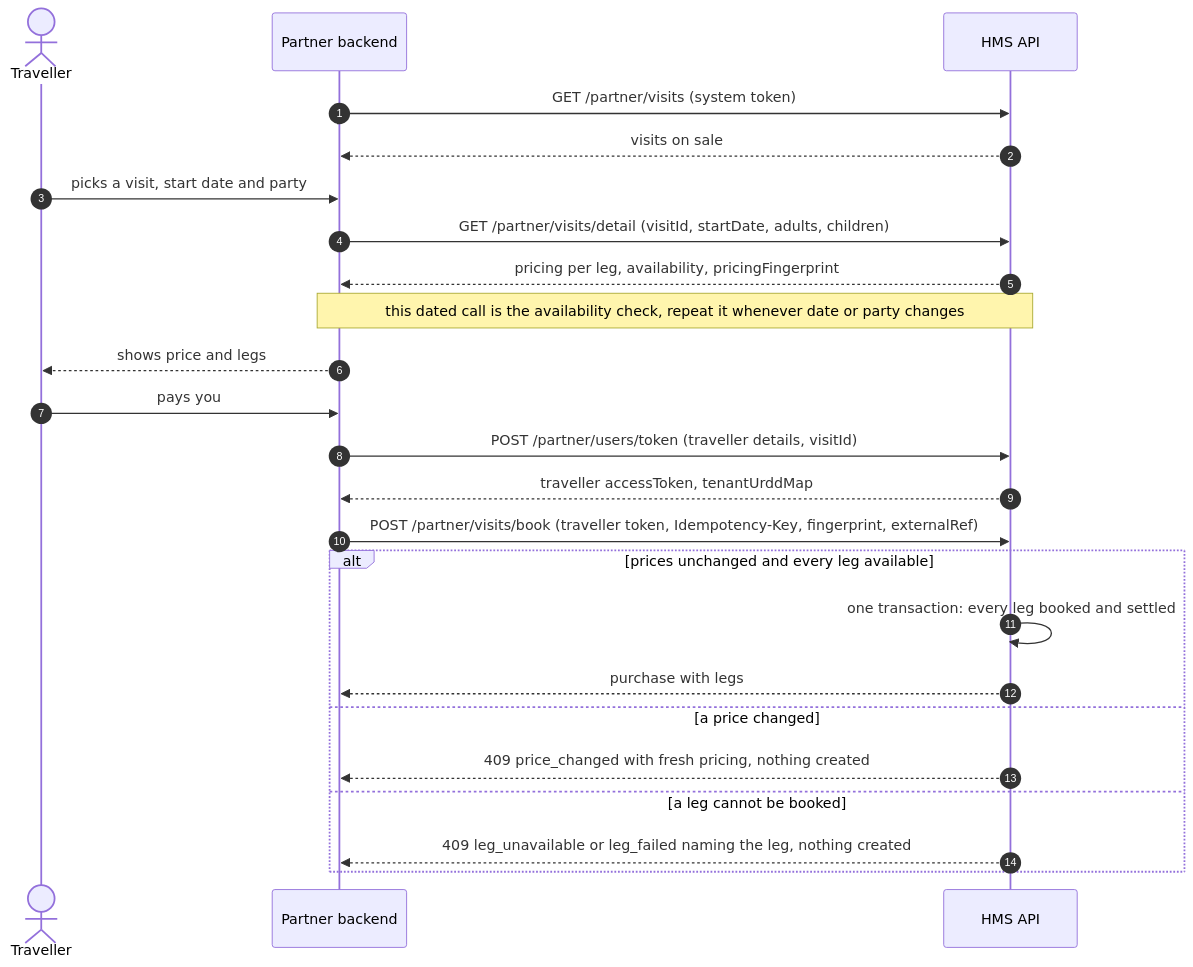
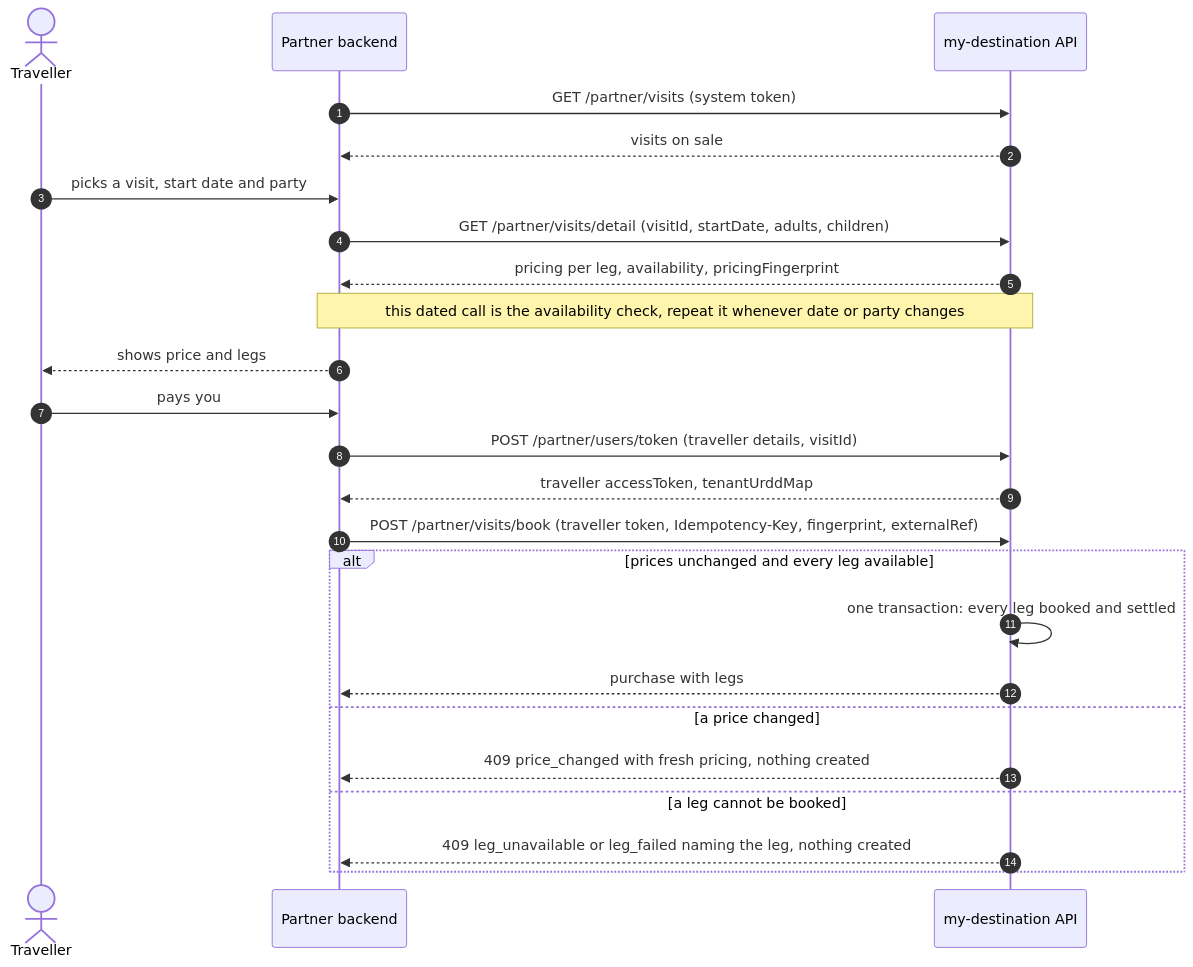
One commit to Aashir-Adnan/UBS-Doc changed the third of 6 diagrams in docs/hms-documentation/visits/partner-integration-guide.md. Above: the diagram before and after it, drawn with Mermaid. The commit also changed other lines of this file and 24 other files, not shown here.

````diff
--- a/docs/hms-documentation/visits/partner-integration-guide.md
+++ b/docs/hms-documentation/visits/partner-integration-guide.md
@@ -282,26 +311,26 @@
 ```mermaid
 sequenceDiagram
   autonumber
   actor U as Traveller
   participant P as Partner backend
-  participant H as HMS API
+  participant H as my-destination API
   P->>H: GET /partner/visits (system token)
   H-->>P: visits on sale
   U->>P: picks a visit, start date and party
   P->>H: GET /partner/visits/detail (visitId, startDate, adults, children)
   H-->>P: pricing per leg, availability, pricingFingerprint
   Note over P,H: this dated call is the availability check, repeat it whenever date or party changes
   P-->>U: shows price and legs
   U->>P: pays you
   P->>H: POST /partner/users/token (traveller details, visitId)
   H-->>P: traveller accessToken, tenantUrddMap
   P->>H: POST /partner/visits/book (traveller token, Idempotency-Key, fingerprint, externalRef)
   alt prices unchanged and every leg available
     H->>H: one transaction: every leg booked and settled
     H-->>P: purchase with legs
   else a price changed
     H-->>P: 409 price_changed with fresh pricing, nothing created
   else a leg cannot be booked
     H-->>P: 409 leg_unavailable or leg_failed naming the leg, nothing created
   end
 ```
````
